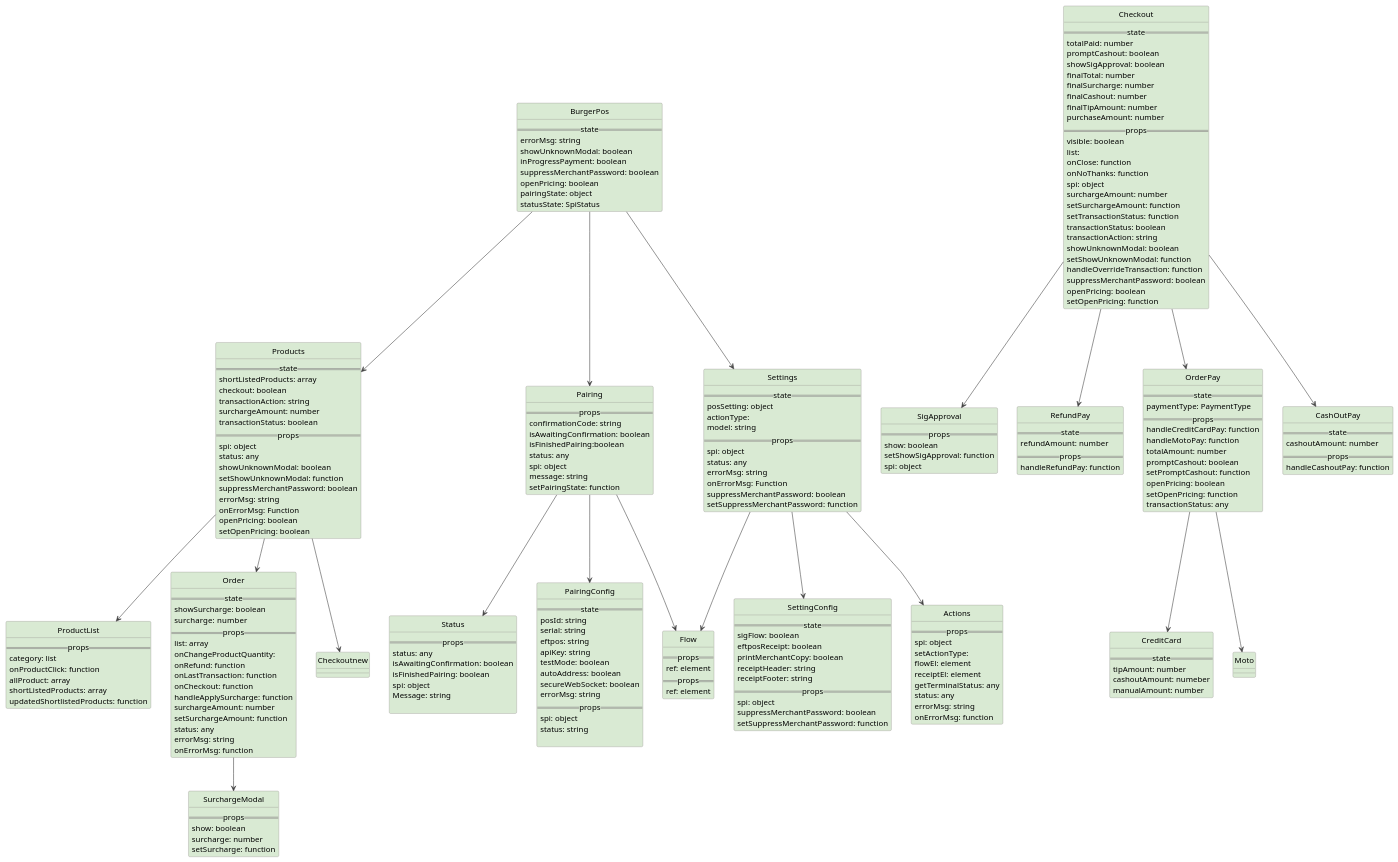
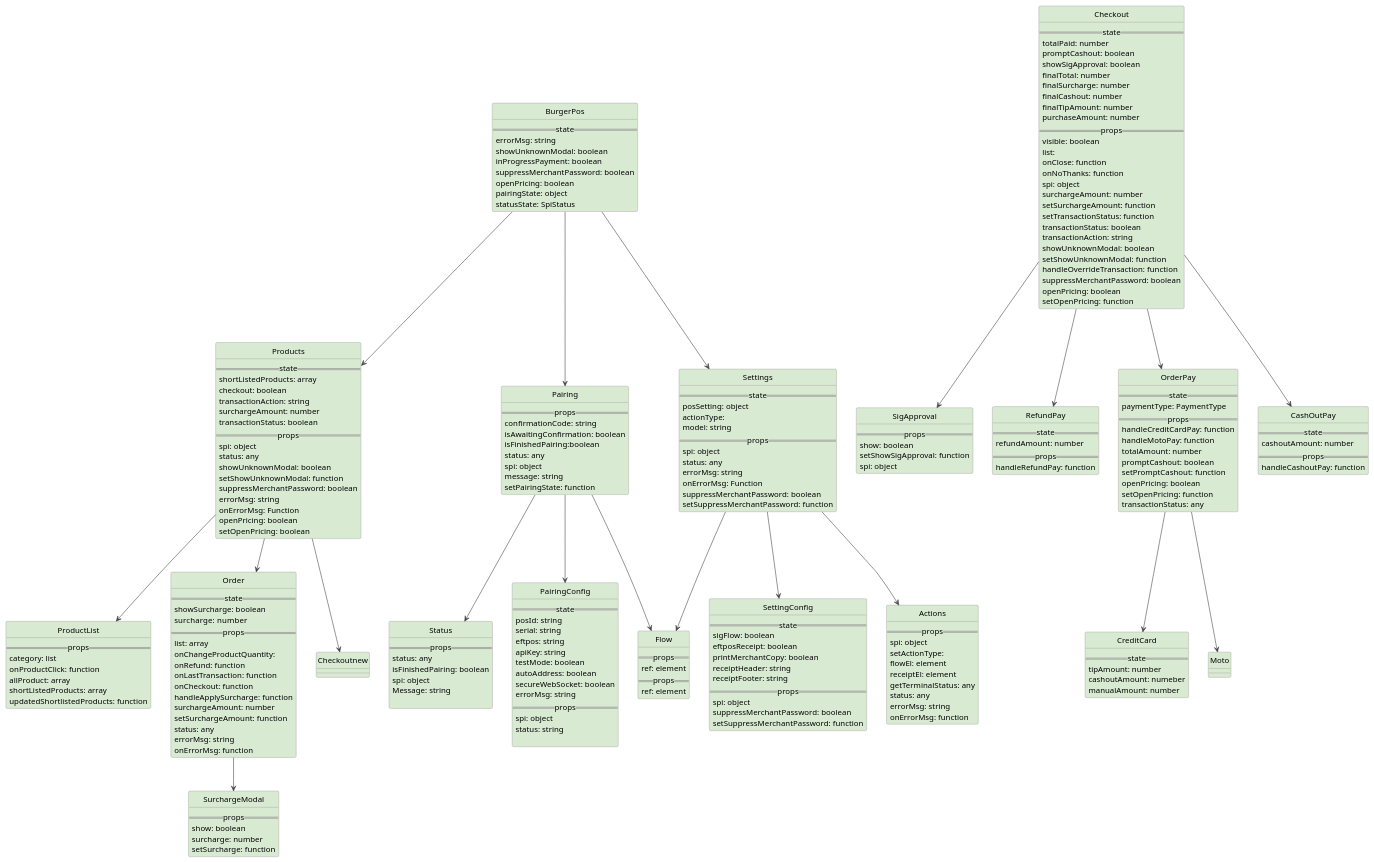
The diagram in docs/components.puml (mx51/spi-samples-js), drawn with PlantUML before and after one commit. The commit also changed 12 other files, not shown here.

```diff
--- a/docs/components.puml
+++ b/docs/components.puml
@@ -167,7 +167,6 @@
 class Status {
     ==props==
         status: any
-        isAwaitingConfirmation: boolean
         isFinishedPairing: boolean
         spi: object
         Message: string
```
